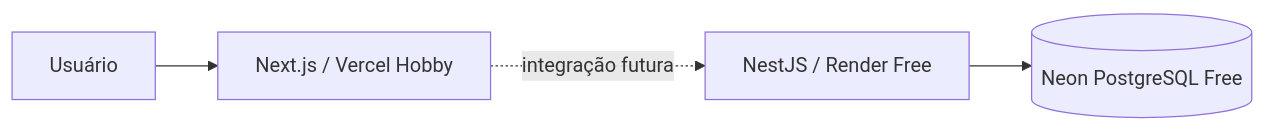
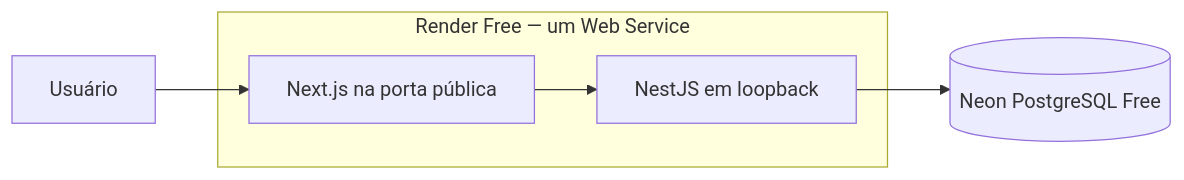
One commit to guilhermehcaguiar/orbit changed the diagram in docs/ARCHITECTURE.md. Above: the diagram before and after it, drawn with Mermaid. The commit also changed other lines of this file and 79 other files, not shown here.

````diff
--- a/docs/ARCHITECTURE.md
+++ b/docs/ARCHITECTURE.md
@@ -64,6 +64,8 @@
 ```mermaid
 flowchart LR
-  U[Usuário] --> W[Next.js / Vercel Hobby]
-  W -. integração futura .-> A[NestJS / Render Free]
+  U[Usuário] --> W
+  subgraph Render[Render Free — um Web Service]
+    W[Next.js na porta pública] --> A[NestJS em loopback]
+  end
   A --> DB[(Neon PostgreSQL Free)]
 ```
````
